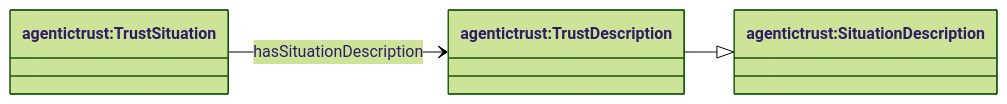
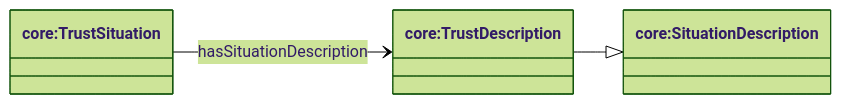
One commit to Agentic-Trust-Layer/agent-explorer changed the fourth of 4 diagrams in docs/ontology/description.md. Above: the diagram before and after it, drawn with Mermaid (forest theme). The commit also changed other lines of this file and 49 other files, not shown here.

````diff
--- a/docs/ontology/description.md
+++ b/docs/ontology/description.md
@@ -96,11 +96,11 @@
 ```mermaid
 classDiagram
 direction LR
 
-class TrustDescription["agentictrust:TrustDescription"]
-class SituationDescription["agentictrust:SituationDescription"]
-class TrustSituation["agentictrust:TrustSituation"]
+class TrustDescription["core:TrustDescription"]
+class SituationDescription["core:SituationDescription"]
+class TrustSituation["core:TrustSituation"]
 
 TrustDescription --|> SituationDescription
 TrustSituation --> TrustDescription : hasSituationDescription
 ```
````
